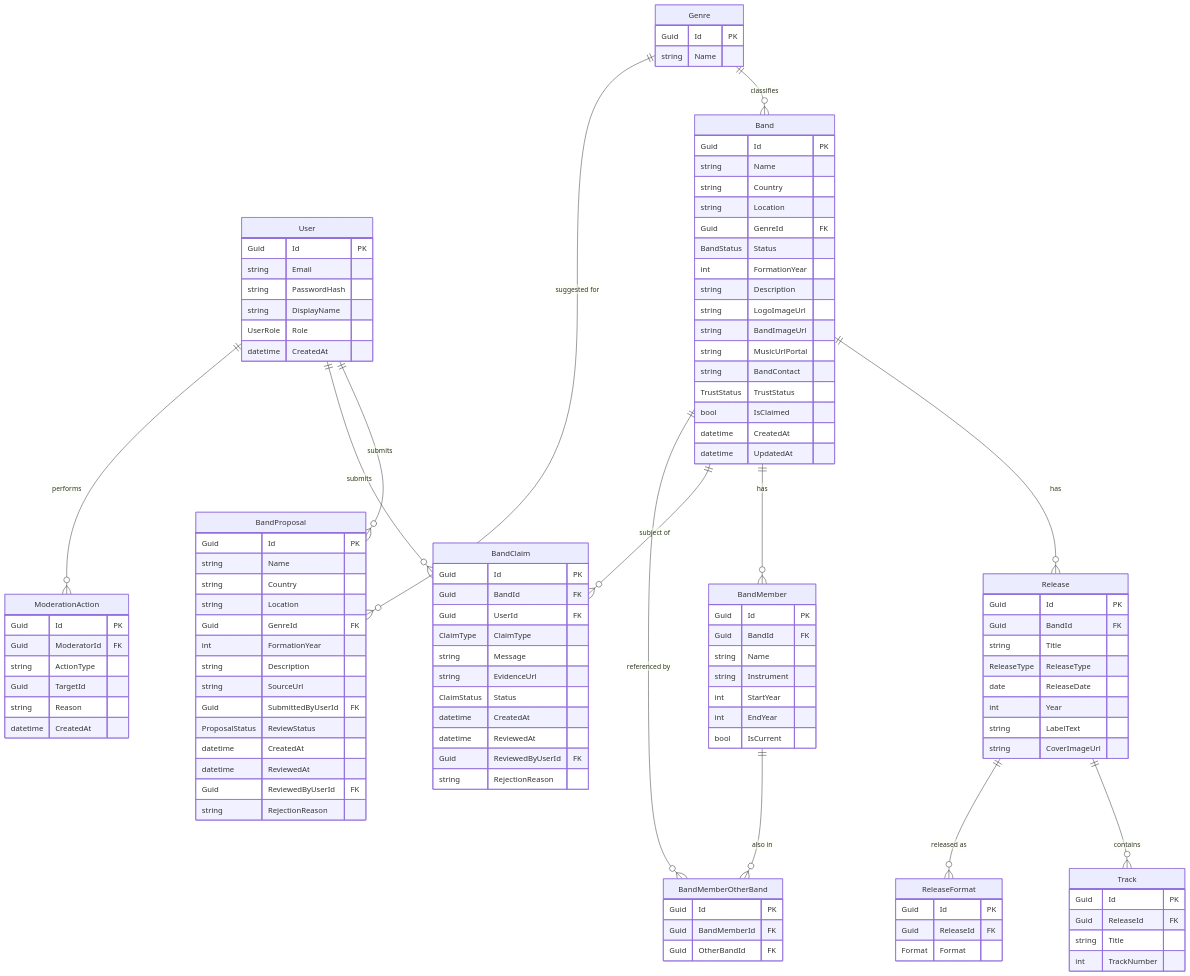
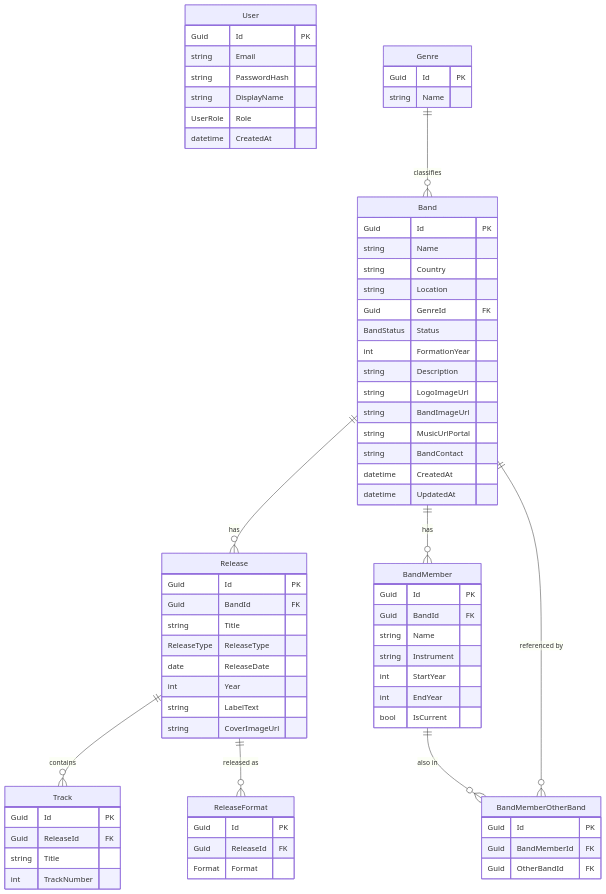
The diagram in docs/technical/erd.md (Camposgrind/diy-music-community), drawn with Mermaid before and after one commit. The commit also changed other lines of this file and 22 other files, not shown here.

````diff
--- a/docs/technical/erd.md
+++ b/docs/technical/erd.md
@@ -29,8 +29,6 @@
 		string BandImageUrl
 		string MusicUrlPortal
 		string BandContact
-		TrustStatus TrustStatus
-		bool IsClaimed
 		datetime CreatedAt
 		datetime UpdatedAt
 	}
@@ -75,52 +73,10 @@
 		Guid OtherBandId FK
 	}
 
-	BandProposal {
-		Guid Id PK
-		string Name
-		string Country
-		string Location
-		Guid GenreId FK
-		int FormationYear
-		string Description
-		string SourceUrl
-		Guid SubmittedByUserId FK
-		ProposalStatus ReviewStatus
-		datetime CreatedAt
-		datetime ReviewedAt
-		Guid ReviewedByUserId FK
-		string RejectionReason
-	}
-
-	BandClaim {
-		Guid Id PK
-		Guid BandId FK
-		Guid UserId FK
-		ClaimType ClaimType
-		string Message
-		string EvidenceUrl
-		ClaimStatus Status
-		datetime CreatedAt
-		datetime ReviewedAt
-		Guid ReviewedByUserId FK
-		string RejectionReason
-	}
-
-	ModerationAction {
-		Guid Id PK
-		Guid ModeratorId FK
-		string ActionType
-		Guid TargetId
-		string Reason
-		datetime CreatedAt
-	}
-
 	Genre ||--o{ Band : "classifies"
-	Genre ||--o{ BandProposal : "suggested for"
 
 	Band ||--o{ Release : "has"
 	Band ||--o{ BandMember : "has"
-	Band ||--o{ BandClaim : "subject of"
 
 	Release ||--o{ Track : "contains"
 	Release ||--o{ ReleaseFormat : "released as"
@@ -128,7 +84,4 @@
 	BandMember ||--o{ BandMemberOtherBand : "also in"
 	Band ||--o{ BandMemberOtherBand : "referenced by"
 
-	User ||--o{ BandProposal : "submits"
-	User ||--o{ BandClaim : "submits"
-	User ||--o{ ModerationAction : "performs"
 ```
````
